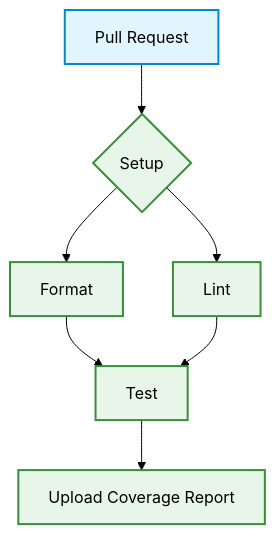
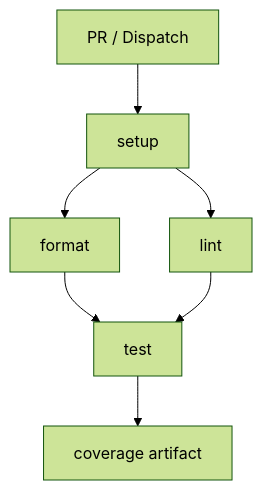
Before and after one commit to Keyla-TTT/Keyla-REPORT: the first of 2 diagrams in docs/Report/DevOps.md, drawn with Mermaid (forest theme). The commit also changed other lines of this file, not shown here.

````diff
--- a/docs/Report/DevOps.md
+++ b/docs/Report/DevOps.md
@@ -56,14 +58,9 @@
 ```mermaid
 graph TD
-    A[Pull Request] --> B{Setup};
-    B --> C[Format];
-    B --> D[Lint];
-    C --> E[Test];
-    D --> E;
-    E --> F[Upload Coverage Report];
-
-    classDef trigger fill:#e1f5fe,stroke:#0288d1,stroke-width:2px;
-    classDef job fill:#e8f5e9,stroke:#388e3c,stroke-width:2px;
-    class A trigger;
-    class B,C,D,E,F job;
+  A[PR / Dispatch] --> B[setup]
+  B --> C[format]
+  B --> D[lint]
+  C --> E[test]
+  D --> E
+  E --> F[coverage artifact]
 ```
````
